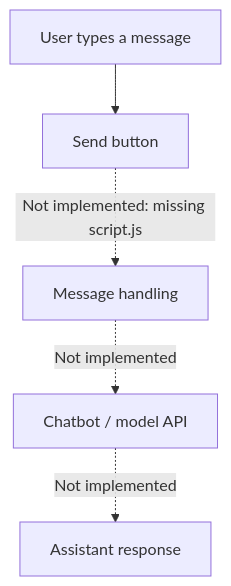
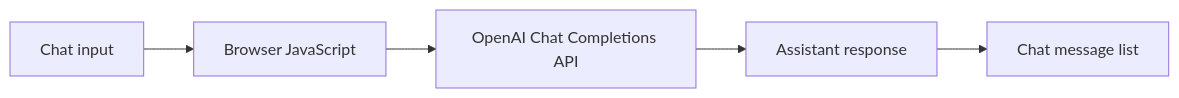
One commit to MokuLakshithReddy/My-Personal-ChatBot changed the diagram in README.md. Above: the diagram before and after it, drawn with Mermaid. The commit also changed other lines of this file, not shown here.

````diff
--- a/README.md
+++ b/README.md
@@ -19,7 +17,7 @@
 ```mermaid
-flowchart TD
-    A["User types a message"] --> B["Send button"]
-    B -. "Not implemented: missing script.js" .-> C["Message handling"]
-    C -. "Not implemented" .-> D["Chatbot / model API"]
-    D -. "Not implemented" .-> E["Assistant response"]
+flowchart LR
+    A["Chat input"] --> B["Browser JavaScript"]
+    B --> C["OpenAI Chat Completions API"]
+    C --> D["Assistant response"]
+    D --> E["Chat message list"]
 ```
````
